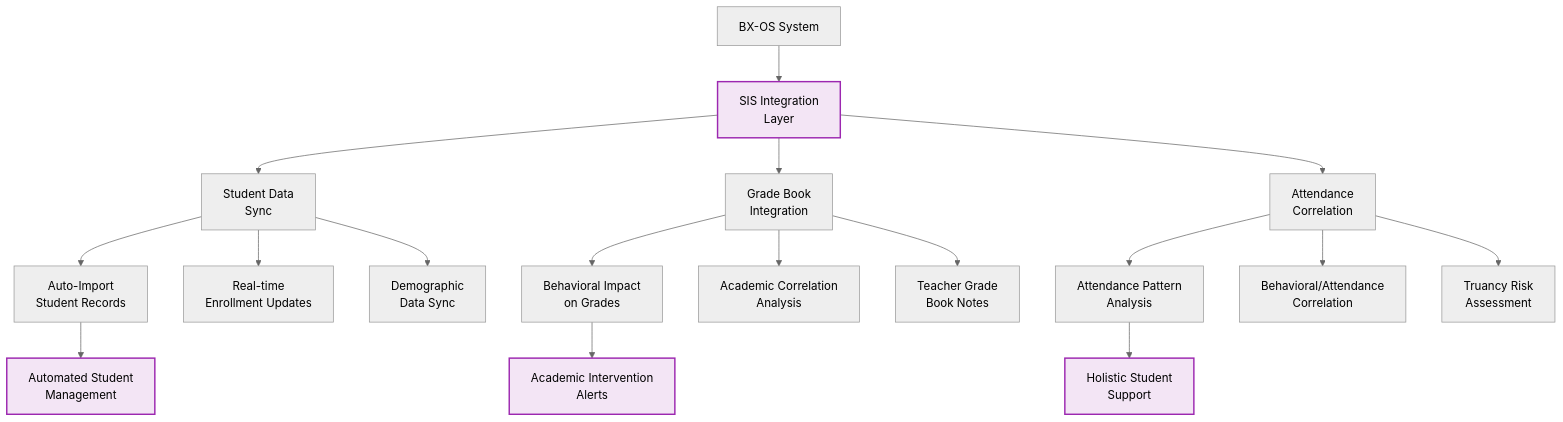
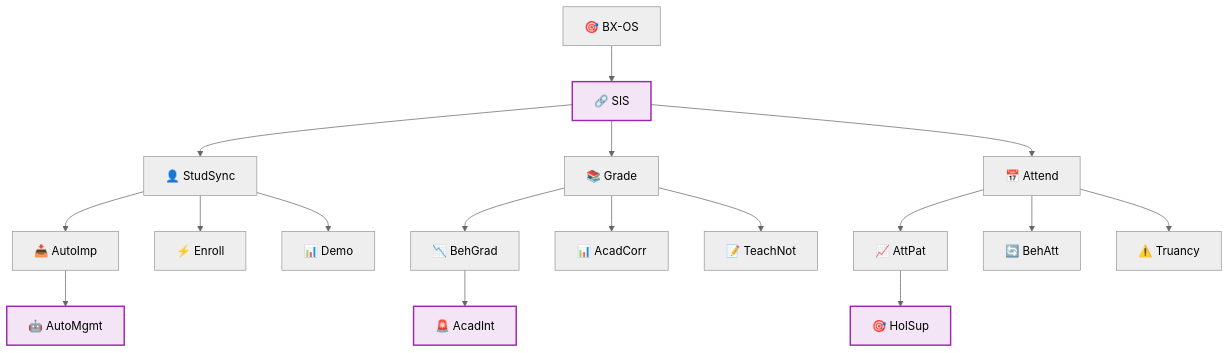
Before and after one commit to Splurfa/bx-os: the first of 6 diagrams in docs/flowcharts/Future-Vision/11-system-integration-architecture.md, drawn with Mermaid (neutral theme). The commit also changed other lines of this file and 4 other files, not shown here.

Commit message:
Fix all flowchart text cutoff

````diff
--- a/docs/flowcharts/Future-Vision/11-system-integration-architecture.md
+++ b/docs/flowcharts/Future-Vision/11-system-integration-architecture.md
@@ -7,28 +7,28 @@
 ```mermaid
 flowchart TD
-    A[BX-OS System] --> B[SIS Integration<br/>Layer]
-    B --> C[Student Data<br/>Sync]
-    B --> D[Grade Book<br/>Integration]
-    B --> E[Attendance<br/>Correlation]
+    A[🎯 BX-OS] --> B[🔗 SIS]
+    B --> C[👤 StudSync]
+    B --> D[📚 Grade]
+    B --> E[📅 Attend]
     
-    C --> F[Auto-Import<br/>Student Records]
-    C --> G[Real-time<br/>Enrollment Updates]
-    C --> H[Demographic<br/>Data Sync]
+    C --> F[📥 AutoImp]
+    C --> G[⚡ Enroll]
+    C --> H[📊 Demo]
     
-    D --> I[Behavioral Impact<br/>on Grades]
-    D --> J[Academic Correlation<br/>Analysis]
-    D --> K[Teacher Grade<br/>Book Notes]
+    D --> I[📉 BehGrad]
+    D --> J[📊 AcadCorr]
+    D --> K[📝 TeachNot]
     
-    E --> L[Attendance Pattern<br/>Analysis]
-    E --> M[Behavioral/Attendance<br/>Correlation]
-    E --> N[Truancy Risk<br/>Assessment]
+    E --> L[📈 AttPat]
+    E --> M[🔄 BehAtt]
+    E --> N[⚠️ Truancy]
     
-    F --> O[Automated Student<br/>Management]
-    I --> P[Academic Intervention<br/>Alerts]
-    L --> Q[Holistic Student<br/>Support]
+    F --> O[🤖 AutoMgmt]
+    I --> P[🚨 AcadInt]
+    L --> Q[🎯 HolSup]
     
     style B fill:#f3e5f5,stroke:#9c27b0,stroke-width:2px
     style O fill:#f3e5f5,stroke:#9c27b0,stroke-width:2px
     style P fill:#f3e5f5,stroke:#9c27b0,stroke-width:2px
     style Q fill:#f3e5f5,stroke:#9c27b0,stroke-width:2px
 ```
````
